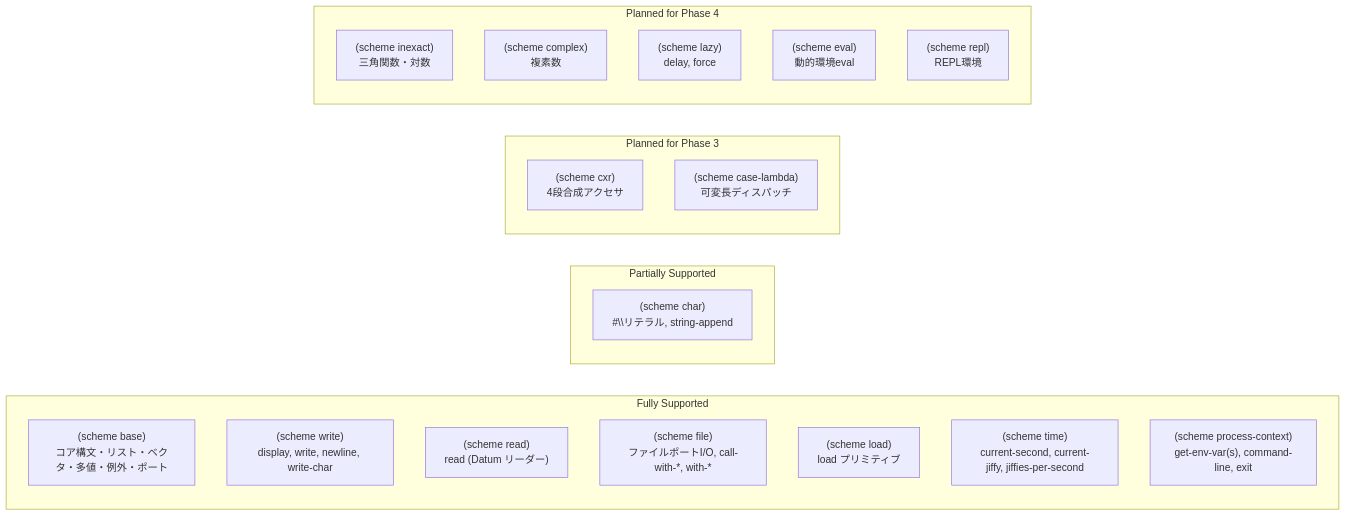
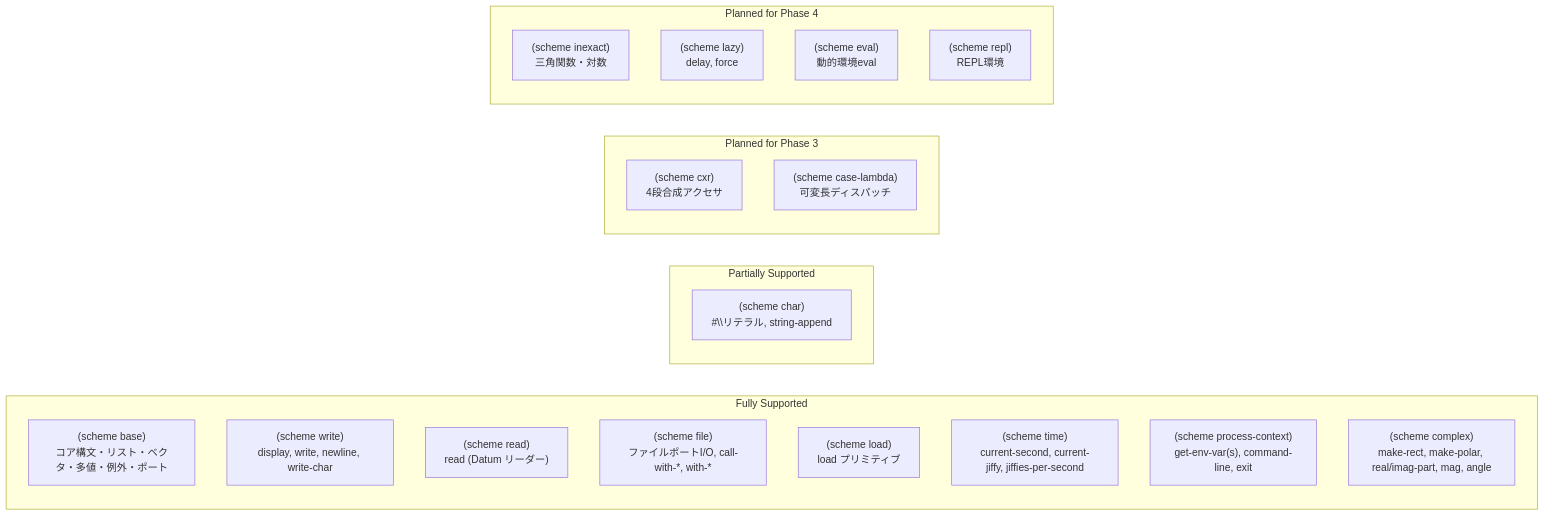
The second of 3 diagrams in ilisp/docs/SPEC_R7RS.md (rokujyouhitoma/arxiv-security-papers), drawn with Mermaid before and after one commit. The commit also changed other lines of this file and 6 other files, not shown here.

Commit message:
feat(ilisp): implement R7RS exact-integer-sqrt and (scheme complex) (Issue #470)

````diff
--- a/ilisp/docs/SPEC_R7RS.md
+++ b/ilisp/docs/SPEC_R7RS.md
@@ -331,26 +335,26 @@
 ```mermaid
 graph LR
     subgraph Fully Supported
         SB["(scheme base)<br>コア構文・リスト・ベクタ・多値・例外・ポート"]
         SW["(scheme write)<br>display, write, newline, write-char"]
         SR["(scheme read)<br>read (Datum リーダー)"]
         SF["(scheme file)<br>ファイルポートI/O, call-with-*, with-*"]
         SL["(scheme load)<br>load プリミティブ"]
         ST["(scheme time)<br>current-second, current-jiffy, jiffies-per-second"]
         SPC["(scheme process-context)<br>get-env-var(s), command-line, exit"]
+        SCOM["(scheme complex)<br>make-rect, make-polar, real/imag-part, mag, angle"]
     end
     subgraph Partially Supported
         SC["(scheme char)<br>#\\リテラル, string-append"]
     end
     subgraph Planned for Phase 3
         SCXR["(scheme cxr)<br>4段合成アクセサ"]
         SCASE["(scheme case-lambda)<br>可変長ディスパッチ"]
     end
     subgraph Planned for Phase 4
         SI["(scheme inexact)<br>三角関数・対数"]
-        SCOM["(scheme complex)<br>複素数"]
         SLAZY["(scheme lazy)<br>delay, force"]
         SEVAL["(scheme eval)<br>動的環境eval"]
         SREPL["(scheme repl)<br>REPL環境"]
     end
 ```
````
